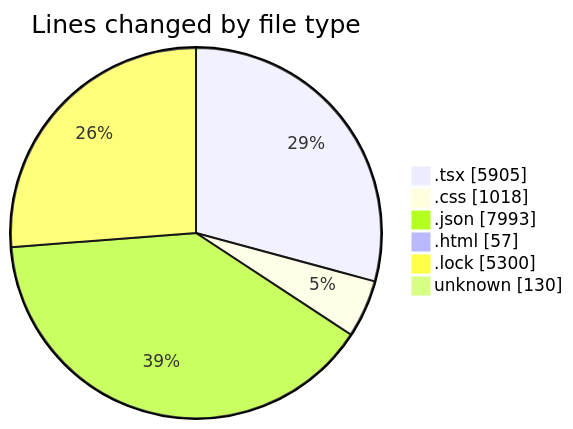
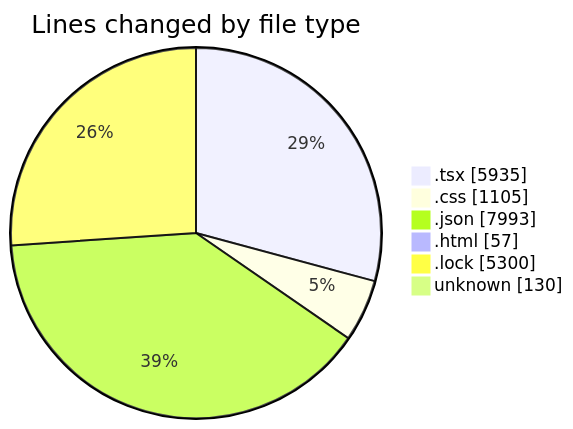
The first of 2 diagrams in 2025-08-12/ribbon/README.md (EIIisD/code-tracking), drawn with Mermaid before and after one commit. The commit also changed other lines of this file and 1 other file, not shown here.

````diff
--- a/2025-08-12/ribbon/README.md
+++ b/2025-08-12/ribbon/README.md
@@ -45,10 +45,10 @@
 ```mermaid
 pie showData
 title Lines changed by file type
-".tsx" : 5905
-".css" : 1018
+".tsx" : 5935
+".css" : 1105
 ".json" : 7993
 ".html" : 57
 ".lock" : 5300
 "unknown" : 130
 ```
````
